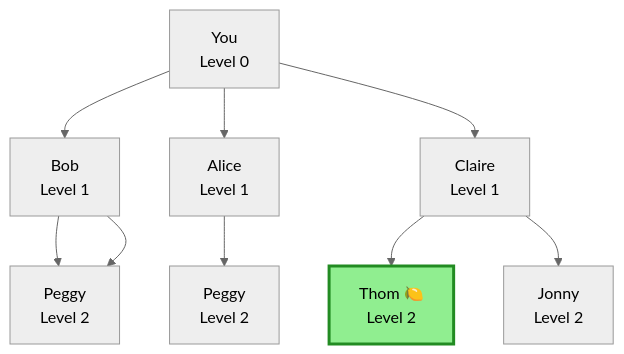
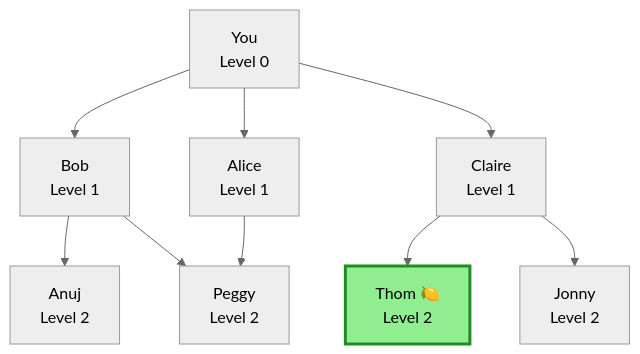
Before and after one commit to ibtisam345/Grokking-Algorithm: the second of 10 diagrams in Chapter 06/BFS_VISUALIZATION.md, drawn with Mermaid (neutral theme).

````diff
--- a/Chapter 06/BFS_VISUALIZATION.md
+++ b/Chapter 06/BFS_VISUALIZATION.md
@@ -51,15 +51,15 @@
 ```mermaid
 flowchart TD
     A["You<br/>Level 0"] --> B["Bob<br/>Level 1"]
     A --> C["Alice<br/>Level 1"]
     A --> D["Claire<br/>Level 1"]
 
     B --> E["Anuj<br/>Level 2"]
-    B --> E["Peggy<br/>Level 2"]
+    B --> F["Peggy<br/>Level 2"]
     C --> F["Peggy<br/>Level 2"]
     D --> G["Thom 🍋<br/>Level 2"]
     D --> H["Jonny<br/>Level 2"]
 
     class G seller
     classDef seller fill:#90EE90,stroke:#228B22,stroke-width:3px,color:#000
 ```
````
